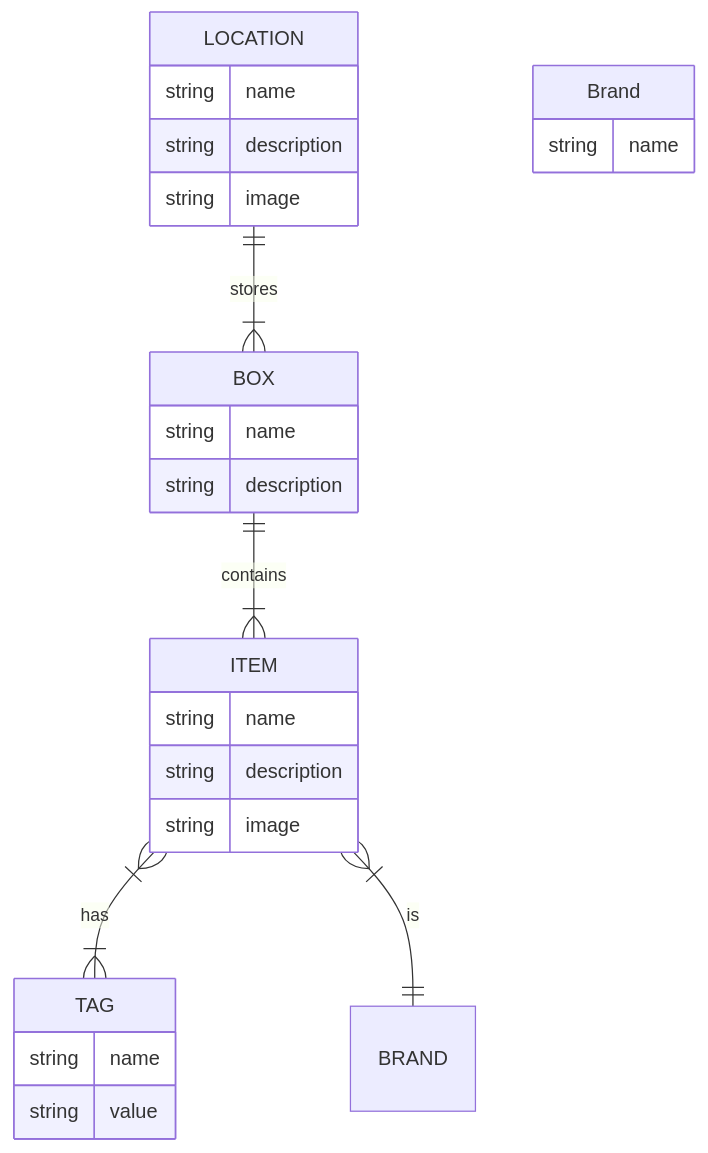
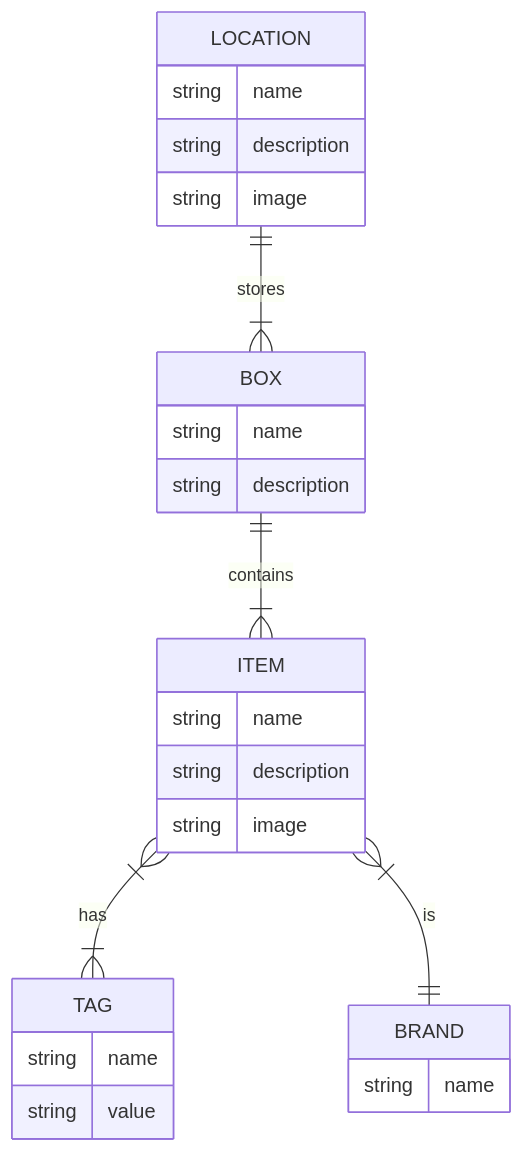
The second of 2 diagrams in README.md (Storganizer/api), drawn with Mermaid before and after one commit.

Commit message:
Should represend the table pretty well

````diff
--- a/README.md
+++ b/README.md
@@ -21,42 +21,42 @@
 ```mermaid
 erDiagram
     LOCATION {
         string name
         string description
         string image
     }
 
     
     BOX {
         string name
         string description
     }
 
 
     ITEM {
         string name
         string description
         string image
 
     }
 
     TAG {
         string name
         string value
     }
 
-    Brand {
+    BRAND {
         string name
     }
 
 
 
 
     LOCATION ||--|{ BOX : stores
     BOX ||--|{ ITEM : contains
     ITEM }|--|{ TAG : has
     ITEM }|--|| BRAND : is
 
 
 
 ```
````
